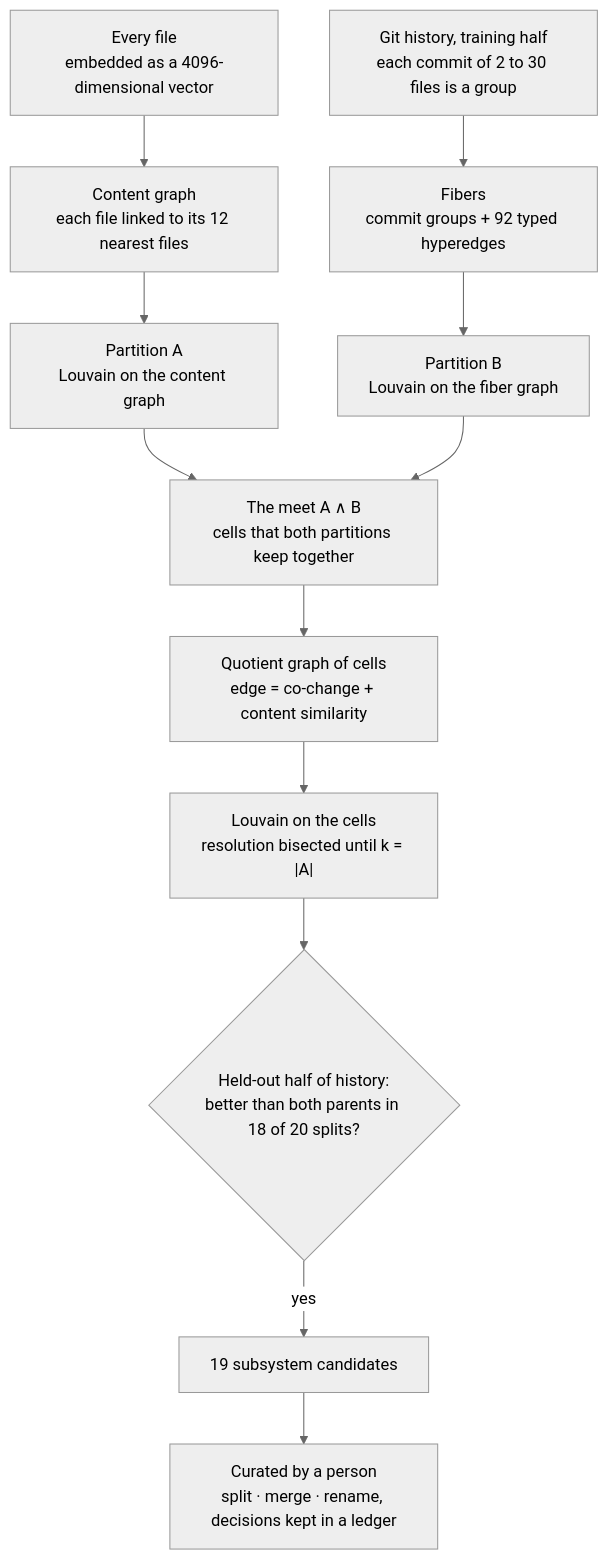
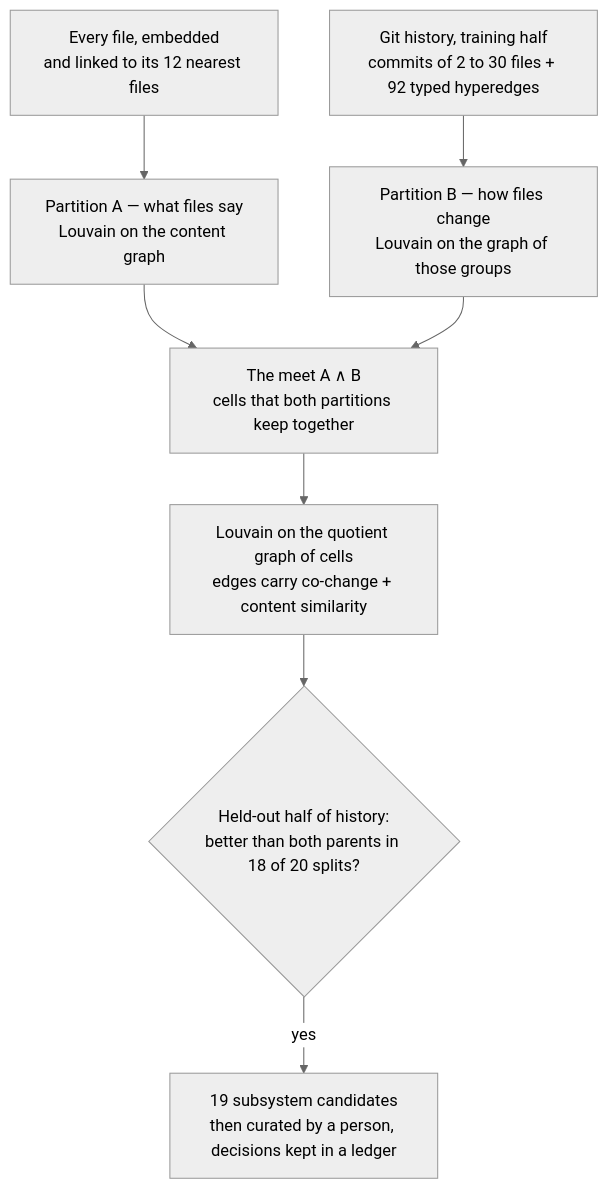
The diagram in docs/MATHEMATICS.md (Check-It-Out-Dev/graph-theory-system-modeling), drawn with Mermaid (neutral theme) before and after one commit. The commit also changed other lines of this file, not shown here.

First line of the commit message:
Formulas on the mathematics page render on GitHub, and its chart fits a screen

````diff
--- a/docs/MATHEMATICS.md
+++ b/docs/MATHEMATICS.md
@@ -19,14 +19,10 @@
 ```mermaid
 flowchart TB
-    FILES["Every file<br/>embedded as a 4096-dimensional vector"] --> KNN["Content graph<br/>each file linked to its 12 nearest files"]
-    KNN --> A["Partition A<br/>Louvain on the content graph"]
-    GIT["Git history, training half<br/>each commit of 2 to 30 files is a group"] --> FIB["Fibers<br/>commit groups + 92 typed hyperedges"]
-    FIB --> B["Partition B<br/>Louvain on the fiber graph"]
+    FILES["Every file, embedded<br/>and linked to its 12 nearest files"] --> A["Partition A — what files say<br/>Louvain on the content graph"]
+    GIT["Git history, training half<br/>commits of 2 to 30 files + 92 typed hyperedges"] --> B["Partition B — how files change<br/>Louvain on the graph of those groups"]
     A --> MEET["The meet A ∧ B<br/>cells that both partitions keep together"]
     B --> MEET
-    MEET --> Q["Quotient graph of cells<br/>edge = co-change + content similarity"]
-    Q --> L["Louvain on the cells<br/>resolution bisected until k = |A|"]
-    L --> TEST{"Held-out half of history:<br/>better than both parents in 18 of 20 splits?"}
-    TEST -->|"yes"| SUB["19 subsystem candidates"]
-    SUB --> CUR["Curated by a person<br/>split · merge · rename, decisions kept in a ledger"]
+    MEET --> Q["Louvain on the quotient graph of cells<br/>edges carry co-change + content similarity"]
+    Q --> TEST{"Held-out half of history:<br/>better than both parents in 18 of 20 splits?"}
+    TEST -->|"yes"| SUB["19 subsystem candidates<br/>then curated by a person, decisions kept in a ledger"]
 ```
````
